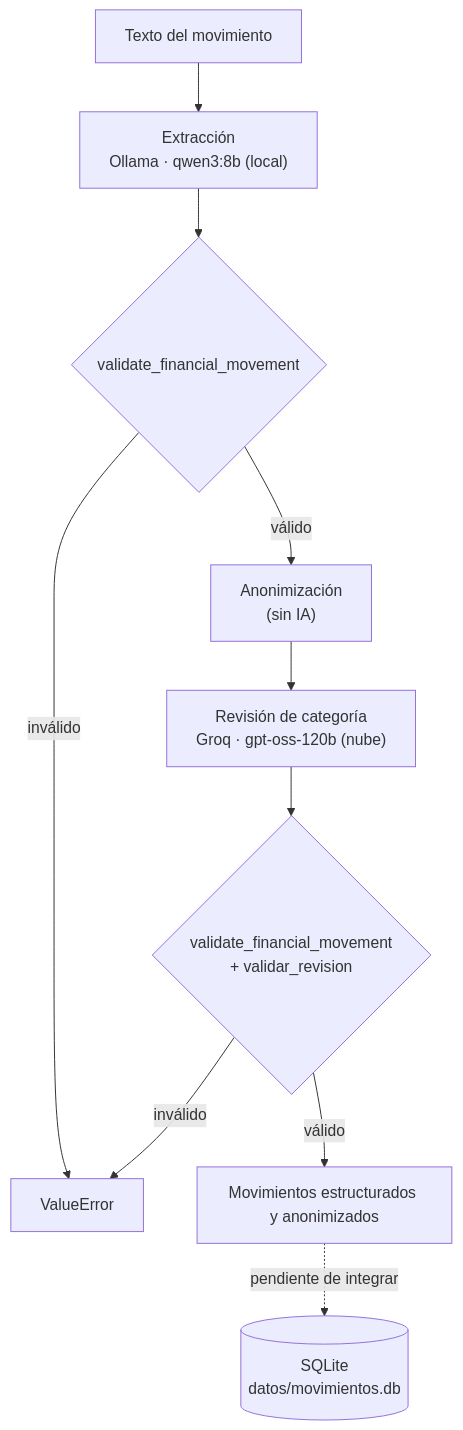
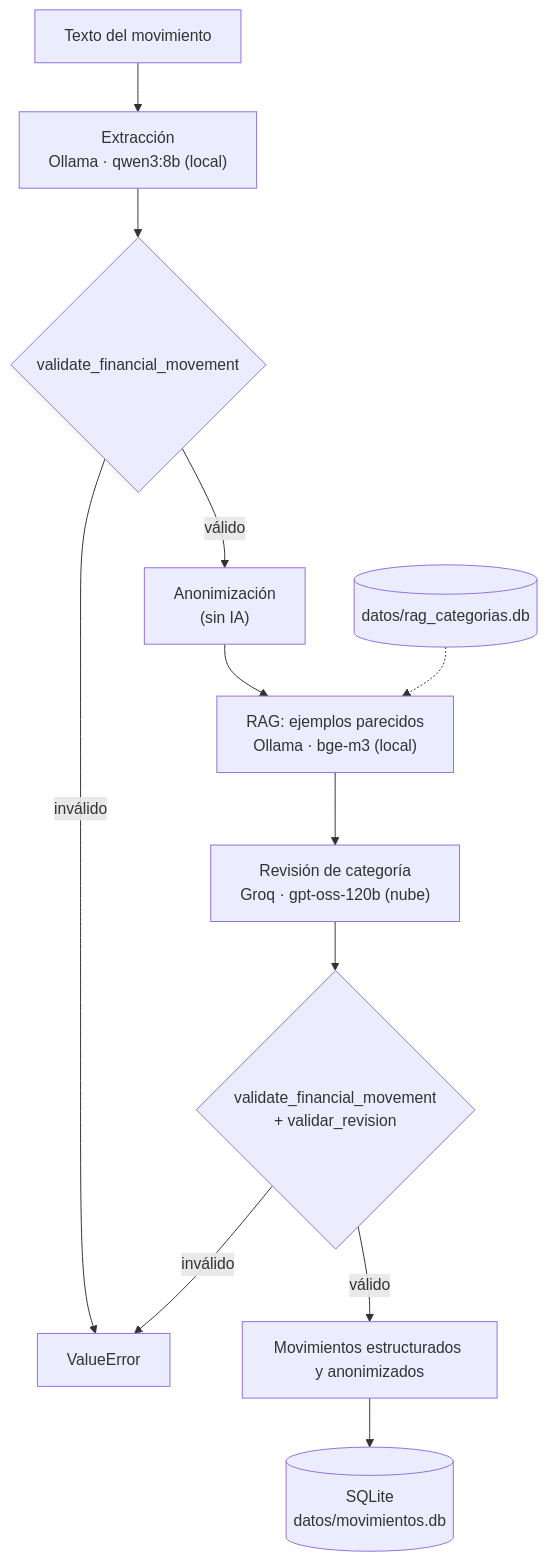
The diagram in README.md (YHANJARAMILLOD/Jhan-and-Jhon), drawn with Mermaid before and after one commit. The commit also changed other lines of this file and 19 other files, not shown here.

First line of the commit message:
RAG para el revisor de categoría, anonimización por contraparte y CLI con guardado en SQLite

````diff
--- a/README.md
+++ b/README.md
@@ -74,12 +74,14 @@
 ```mermaid
 flowchart TD
     A[Texto del movimiento] --> B["Extracción<br/>Ollama · qwen3:8b (local)"]
     B --> C{"validate_financial_movement"}
     C -- inválido --> X[ValueError]
     C -- válido --> D["Anonimización<br/>(sin IA)"]
-    D --> E["Revisión de categoría<br/>Groq · gpt-oss-120b (nube)"]
+    D --> R["RAG: ejemplos parecidos<br/>Ollama · bge-m3 (local)"]
+    R --> E["Revisión de categoría<br/>Groq · gpt-oss-120b (nube)"]
+    K[(datos/rag_categorias.db)] -.-> R
     E --> F{"validate_financial_movement<br/>+ validar_revision"}
     F -- inválido --> X
     F -- válido --> G[Movimientos estructurados y anonimizados]
-    G -. pendiente de integrar .-> H[(SQLite<br/>datos/movimientos.db)]
+    G --> H[(SQLite<br/>datos/movimientos.db)]
 ```
````
